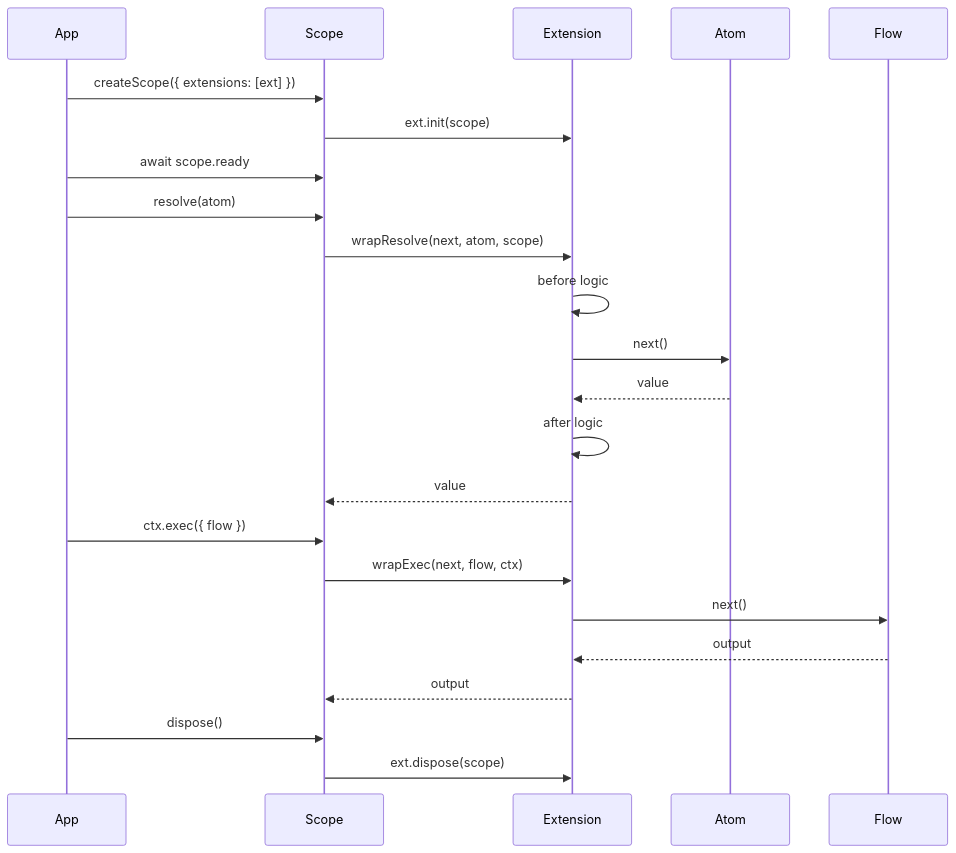
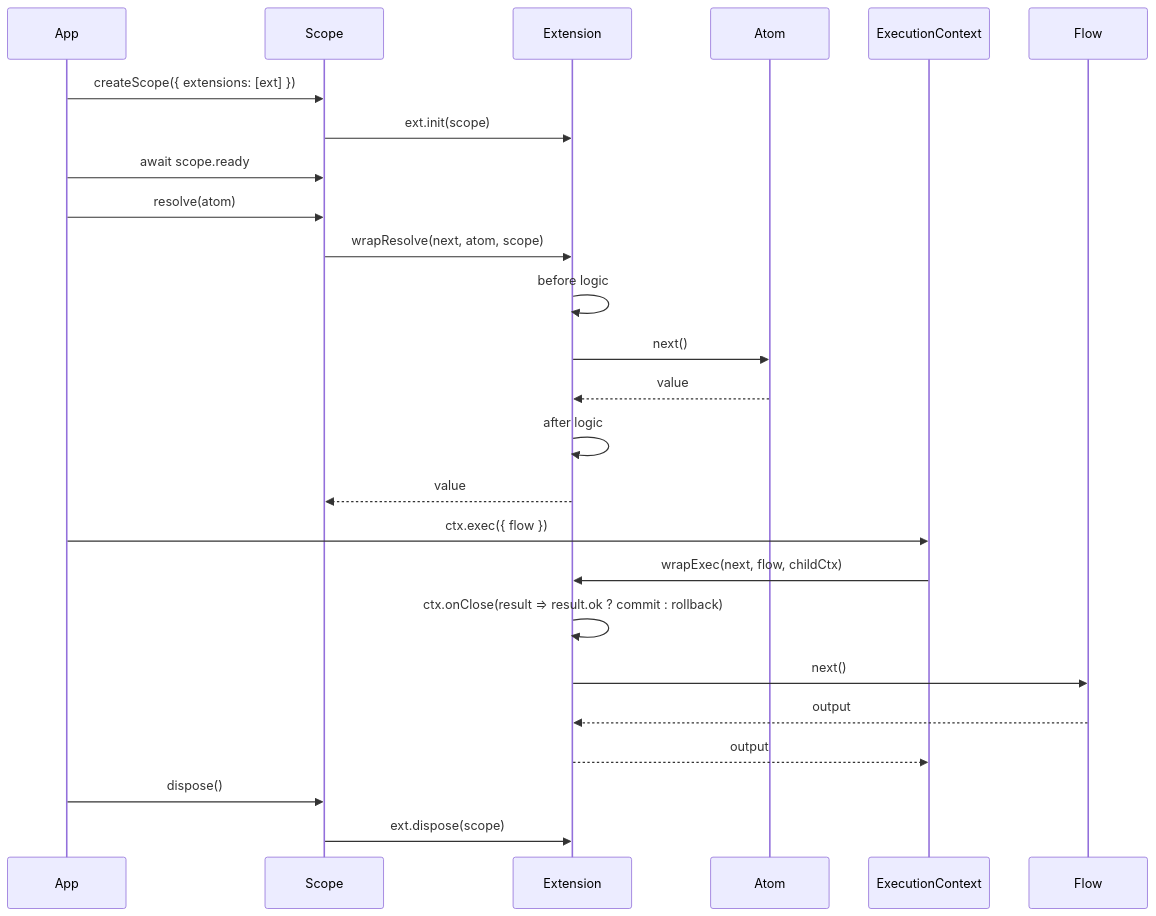
Before and after one commit to pumped-fn/pumped-fn: the second of 11 diagrams in packages/lite/PATTERNS.md, drawn with Mermaid. The commit also changed other lines of this file and 8 other files, not shown here.

First line of the commit message:
feat(lite): CloseResult-aware cleanup and CLI discovery tool

````diff
--- a/packages/lite/PATTERNS.md
+++ b/packages/lite/PATTERNS.md
@@ -37,29 +37,31 @@
 ```mermaid
 sequenceDiagram
     participant App
     participant Scope
     participant Ext as Extension
     participant Atom
+    participant Ctx as ExecutionContext
     participant Flow
 
     App->>Scope: createScope({ extensions: [ext] })
     Scope->>Ext: ext.init(scope)
     App->>Scope: await scope.ready
 
     App->>Scope: resolve(atom)
     Scope->>Ext: wrapResolve(next, atom, scope)
     Ext->>Ext: before logic
     Ext->>Atom: next()
     Atom-->>Ext: value
     Ext->>Ext: after logic
     Ext-->>Scope: value
 
-    App->>Scope: ctx.exec({ flow })
-    Scope->>Ext: wrapExec(next, flow, ctx)
+    App->>Ctx: ctx.exec({ flow })
+    Ctx->>Ext: wrapExec(next, flow, childCtx)
+    Ext->>Ext: ctx.onClose(result => result.ok ? commit : rollback)
     Ext->>Flow: next()
     Flow-->>Ext: output
-    Ext-->>Scope: output
+    Ext-->>Ctx: output
 
     App->>Scope: dispose()
     Scope->>Ext: ext.dispose(scope)
 ```
````
